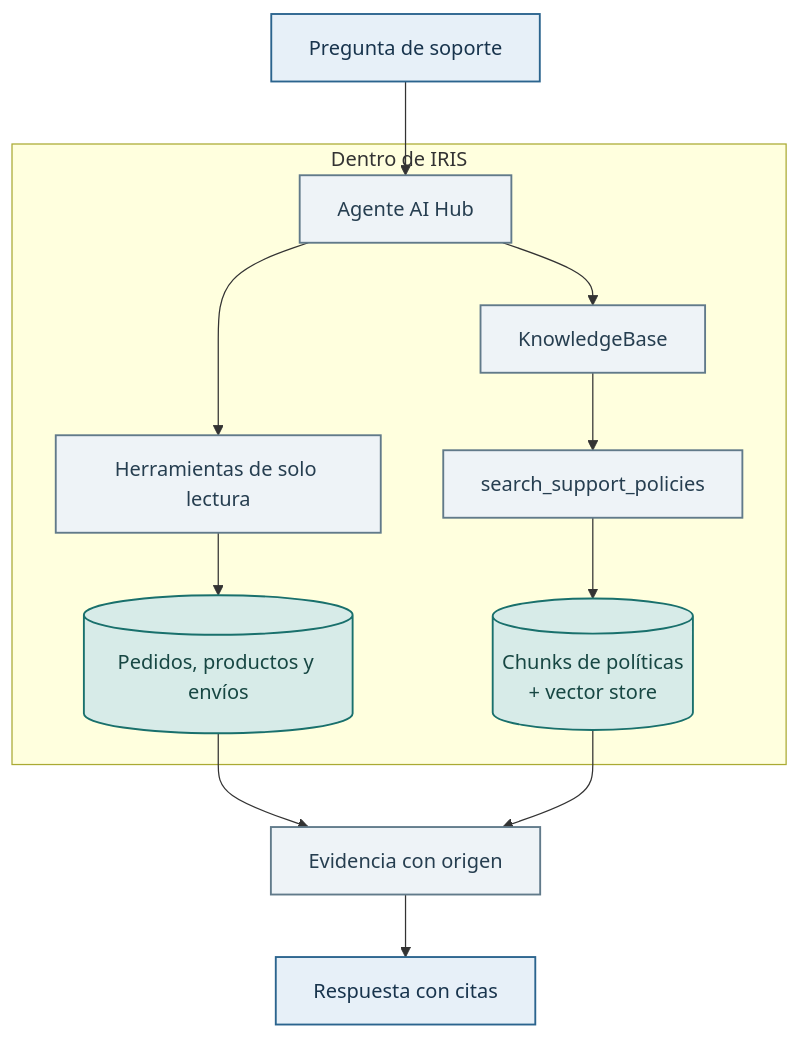
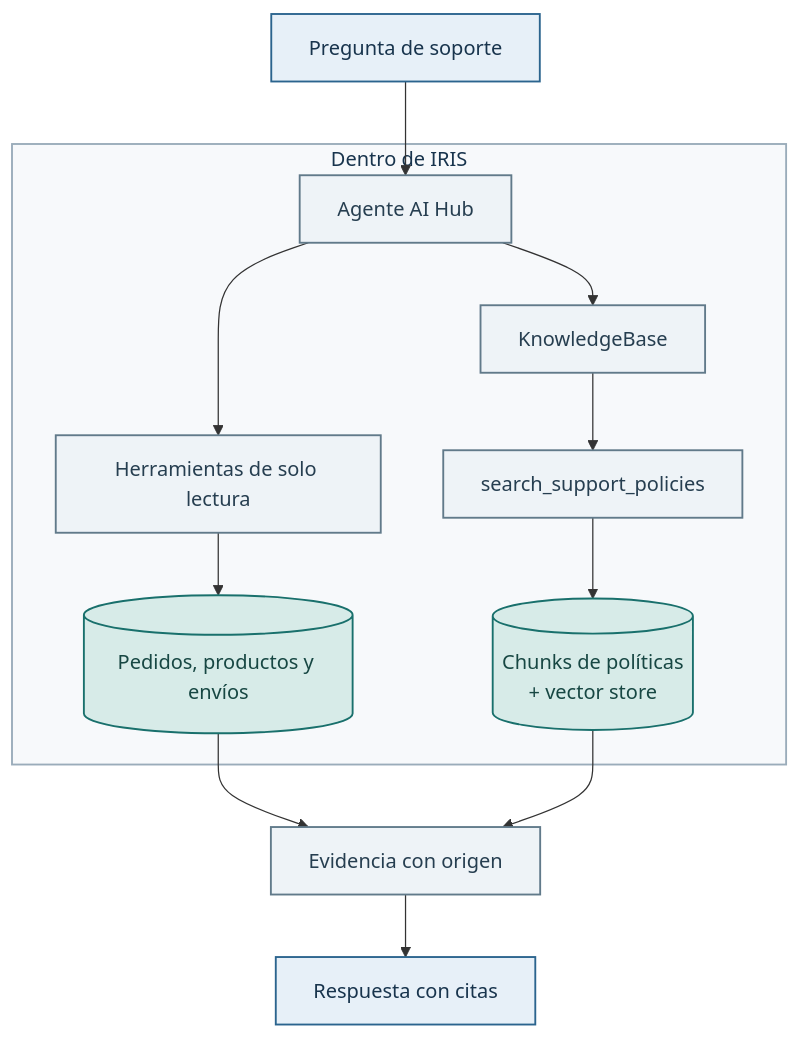
Before and after one commit to intersystems-ib/curso-ia-asistentes-iris: the first of 2 diagrams in labs/05-aihub-rag/README.md, drawn with Mermaid. The commit also changed other lines of this file and 13 other files, not shown here.

````diff
--- a/labs/05-aihub-rag/README.md
+++ b/labs/05-aihub-rag/README.md
@@ -10,23 +10,24 @@
 ```mermaid
 flowchart TB
     Question[Pregunta de soporte] --> Agent[Agente AI Hub]
 
     subgraph iris_runtime[Dentro de IRIS]
         Agent --> Tools[Herramientas de solo lectura]
         Tools --> Data[(Pedidos, productos y envíos)]
         Agent --> KB[KnowledgeBase]
         KB --> Search[search_support_policies]
         Search --> Vector[(Chunks de políticas<br/>+ vector store)]
     end
 
     Data --> Evidence[Evidencia con origen]
     Vector --> Evidence
     Evidence --> Answer[Respuesta con citas]
 
     classDef input fill:#E7F0F8,stroke:#2B648E,color:#18344D,stroke-width:1.5px;
     classDef process fill:#EEF3F7,stroke:#617A8A,color:#263E50,stroke-width:1.5px;
     classDef iris fill:#D7EBE8,stroke:#19706C,color:#174743,stroke-width:1.5px;
     class Question,Answer input;
     class Agent,Tools,KB,Search,Evidence process;
     class Data,Vector iris;
+    style iris_runtime fill:#F7F9FB,stroke:#9AACBA,color:#18344D,stroke-width:1.5px
 ```
````
